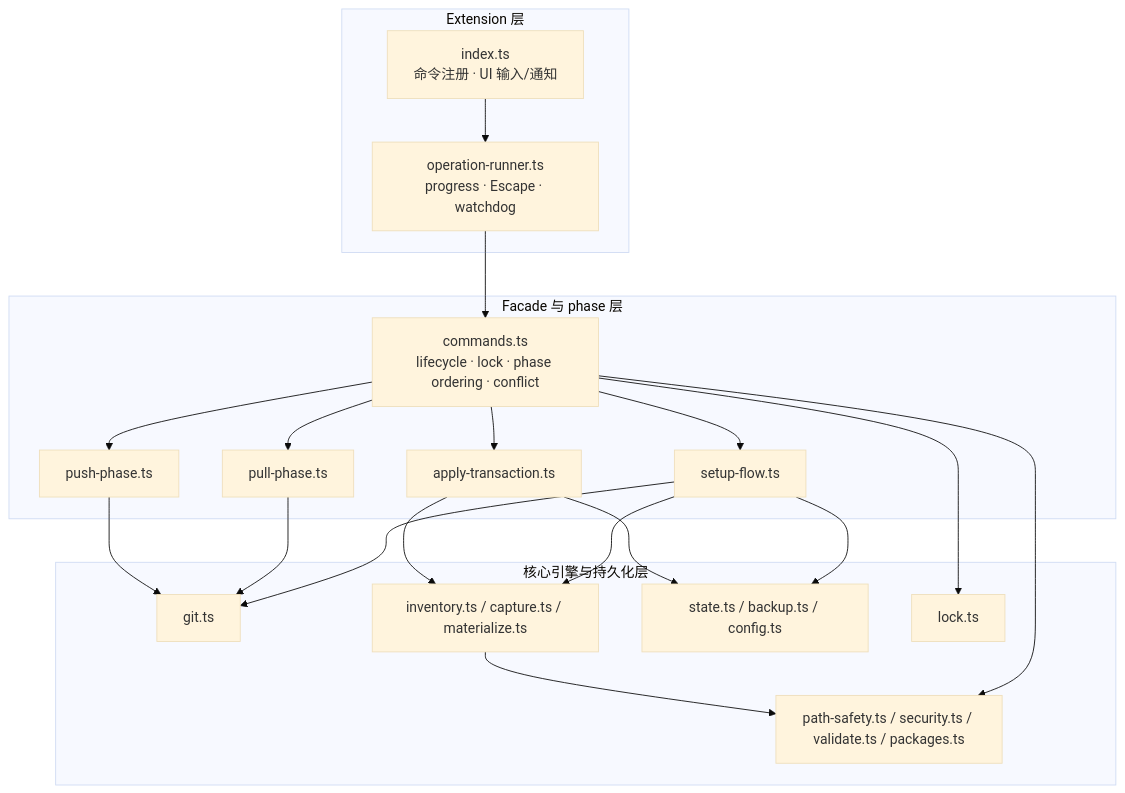
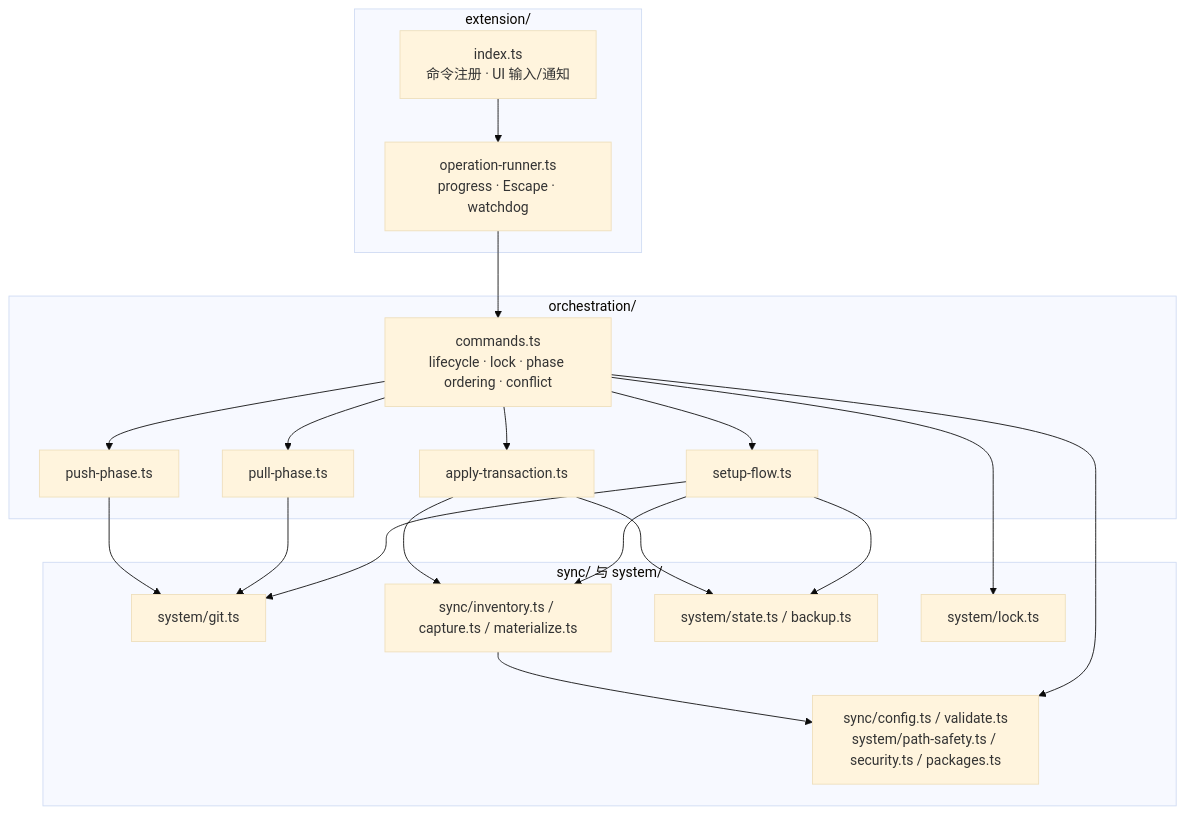
One commit to jachy-h/pi-git-sync changed the second of 12 diagrams in docs/architecture.md. Above: the diagram before and after it, drawn with Mermaid (base theme). The commit also changed other lines of this file and 60 other files, not shown here.

````diff
--- a/docs/architecture.md
+++ b/docs/architecture.md
@@ -183,39 +178,39 @@
 ```mermaid
 graph TB
-    subgraph "Extension 层"
+    subgraph "extension/"
         index["index.ts<br/>命令注册 · UI 输入/通知"]
         runner["operation-runner.ts<br/>progress · Escape · watchdog"]
     end
 
-    subgraph "Facade 与 phase 层"
+    subgraph "orchestration/"
         commands["commands.ts<br/>lifecycle · lock · phase ordering · conflict"]
         setup["setup-flow.ts"]
         pull["pull-phase.ts"]
         push["push-phase.ts"]
         apply["apply-transaction.ts"]
     end
 
-    subgraph "核心引擎与持久化层"
-        git["git.ts"]
-        inventory["inventory.ts / capture.ts / materialize.ts"]
-        state["state.ts / backup.ts / config.ts"]
-        safety["path-safety.ts / security.ts / validate.ts / packages.ts"]
-        lock["lock.ts"]
+    subgraph "sync/ 与 system/"
+        git["system/git.ts"]
+        inventory["sync/inventory.ts / capture.ts / materialize.ts"]
+        state["system/state.ts / backup.ts"]
+        safety["sync/config.ts / validate.ts<br/>system/path-safety.ts / security.ts / packages.ts"]
+        lock["system/lock.ts"]
     end
 
     index --> runner --> commands
     commands --> lock
     commands --> setup
     commands --> pull
     commands --> push
     commands --> apply
     setup --> git
     setup --> inventory
     setup --> state
     pull --> git
     push --> git
     apply --> inventory
     apply --> state
     commands --> safety
     inventory --> safety
 ```
````
